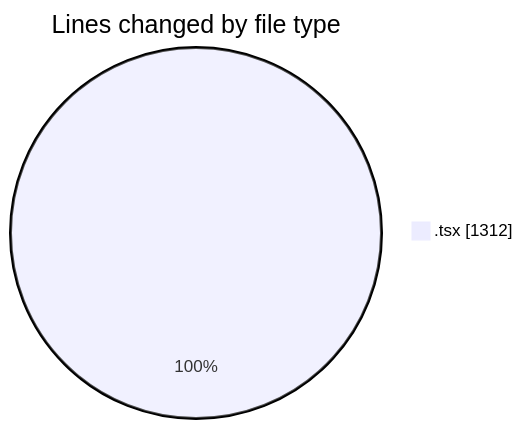
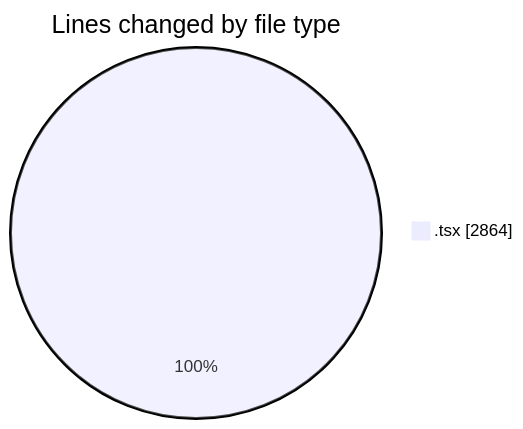
The first of 2 diagrams in 2026-07-24/nxtqube_webapp/README.md (nxtqubesakshisongat/code-tracking), drawn with Mermaid before and after one commit. The commit also changed other lines of this file and 1 other file, not shown here.

````diff
--- a/2026-07-24/nxtqube_webapp/README.md
+++ b/2026-07-24/nxtqube_webapp/README.md
@@ -23,5 +25,5 @@
 ```mermaid
 pie showData
 title Lines changed by file type
-".tsx" : 1312
+".tsx" : 2864
 ```
````
